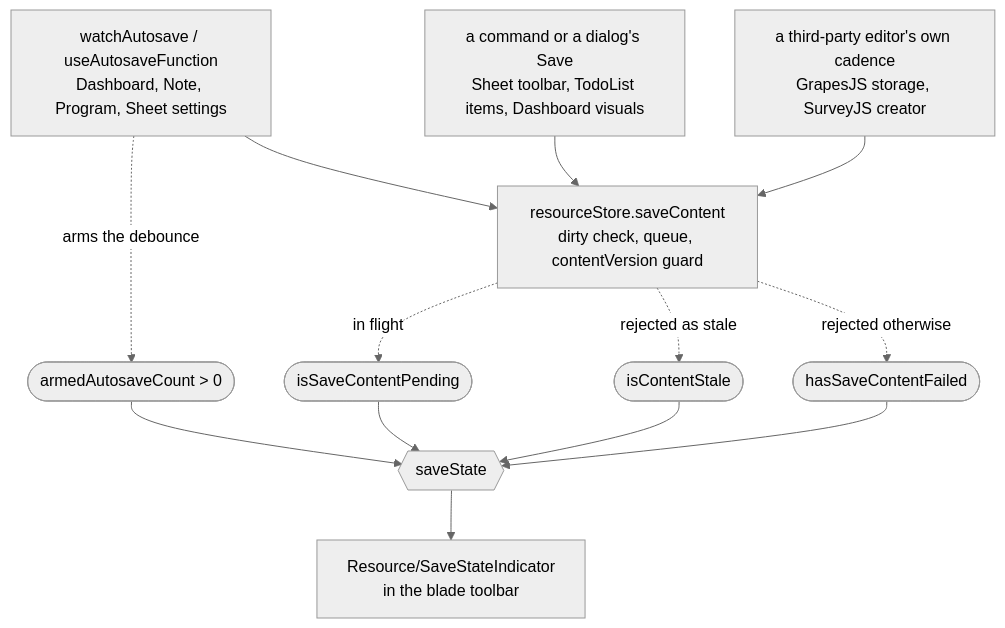
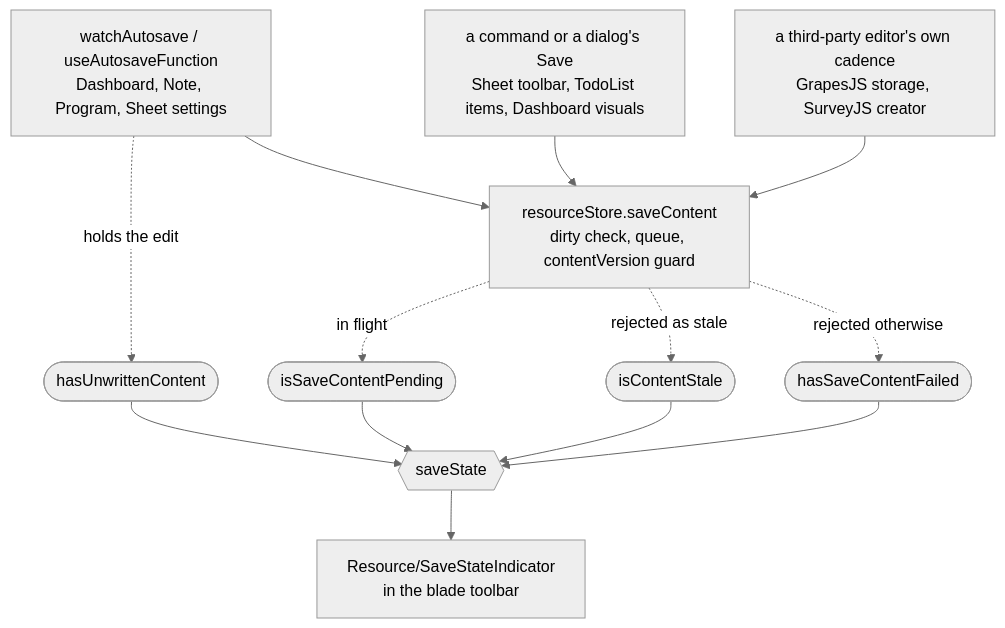
Before and after one commit to Esposter/Esposter: the diagram in apps/web/content/docs/platform/resource-save-state.md, drawn with Mermaid (neutral theme). The commit also changed other lines of this file and 9 other files, not shown here.

````diff
--- a/apps/web/content/docs/platform/resource-save-state.md
+++ b/apps/web/content/docs/platform/resource-save-state.md
@@ -18,18 +18,18 @@
 ```mermaid
 flowchart TD
   AUTO["watchAutosave / useAutosaveFunction<br/>Dashboard, Note, Program, Sheet settings"] --> DOOR
   CMD["a command or a dialog's Save<br/>Sheet toolbar, TodoList items, Dashboard visuals"] --> DOOR
   LIB["a third-party editor's own cadence<br/>GrapesJS storage, SurveyJS creator"] --> DOOR
   DOOR["resourceStore.saveContent<br/>dirty check, queue, contentVersion guard"]
 
-  AUTO -.->|"arms the debounce"| ARMED(["armedAutosaveCount > 0"])
+  AUTO -.->|"holds the edit"| ARMED(["hasUnwrittenContent"])
   DOOR -.->|"in flight"| PENDING(["isSaveContentPending"])
   DOOR -.->|"rejected as stale"| STALE(["isContentStale"])
   DOOR -.->|"rejected otherwise"| FAILED(["hasSaveContentFailed"])
 
   ARMED --> STATE{{"saveState"}}
   PENDING --> STATE
   STALE --> STATE
   FAILED --> STATE
   STATE --> UI["Resource/SaveStateIndicator<br/>in the blade toolbar"]
 ```
````
